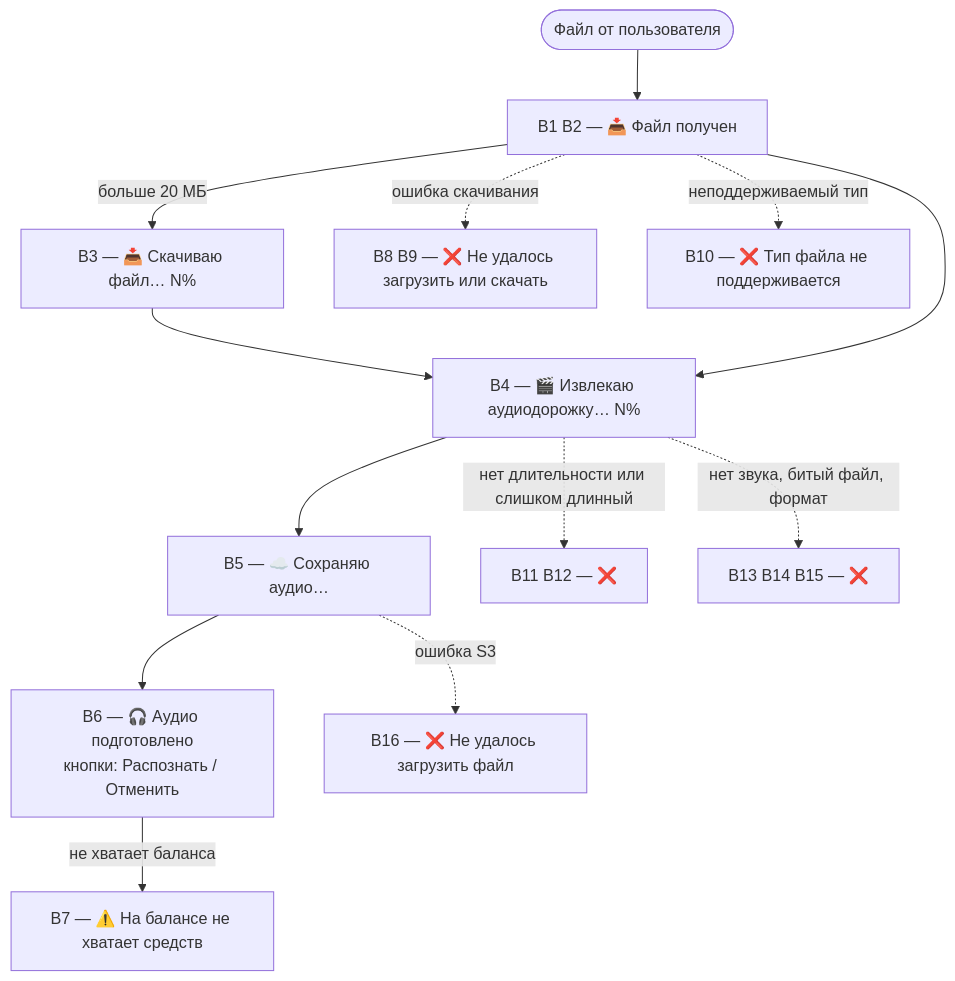
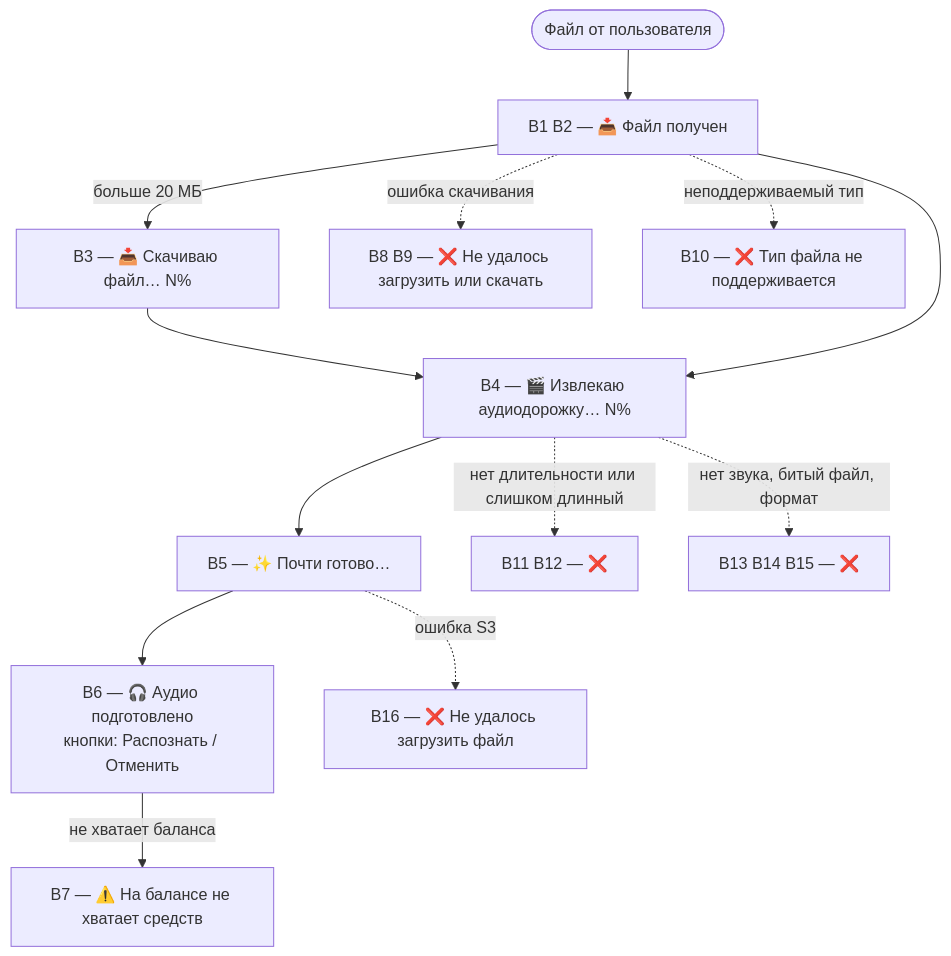
One commit to gistrec/ClearTranscriptBot changed the first of 3 diagrams in docs/messages.md. Above: the diagram before and after it, drawn with Mermaid. The commit also changed other lines of this file, not shown here.

````diff
--- a/docs/messages.md
+++ b/docs/messages.md
@@ -11,15 +11,15 @@
 ```mermaid
 flowchart TD
     U([Файл от пользователя]) --> ACK["B1 B2 — 📥 Файл получен"]
     ACK -->|больше 20 МБ| DL["B3 — 📥 Скачиваю файл… N%"]
     DL --> CONV
     ACK --> CONV["B4 — 🎬 Извлекаю аудиодорожку… N%"]
-    CONV --> SAVE["B5 — ☁️ Сохраняю аудио…"]
+    CONV --> SAVE["B5 — ✨ Почти готово…"]
     SAVE --> OK["B6 — 🎧 Аудио подготовлено<br/>кнопки: Распознать / Отменить"]
     OK -->|не хватает баланса| TW["B7 — ⚠️ На балансе не хватает средств"]
     ACK -.->|ошибка скачивания| E1["B8 B9 — ❌ Не удалось загрузить или скачать"]
     ACK -.->|неподдерживаемый тип| E2["B10 — ❌ Тип файла не поддерживается"]
     CONV -.->|нет длительности или слишком длинный| E3["B11 B12 — ❌"]
     CONV -.->|нет звука, битый файл, формат| E4["B13 B14 B15 — ❌"]
     SAVE -.->|ошибка S3| E5["B16 — ❌ Не удалось загрузить файл"]
 ```
````
